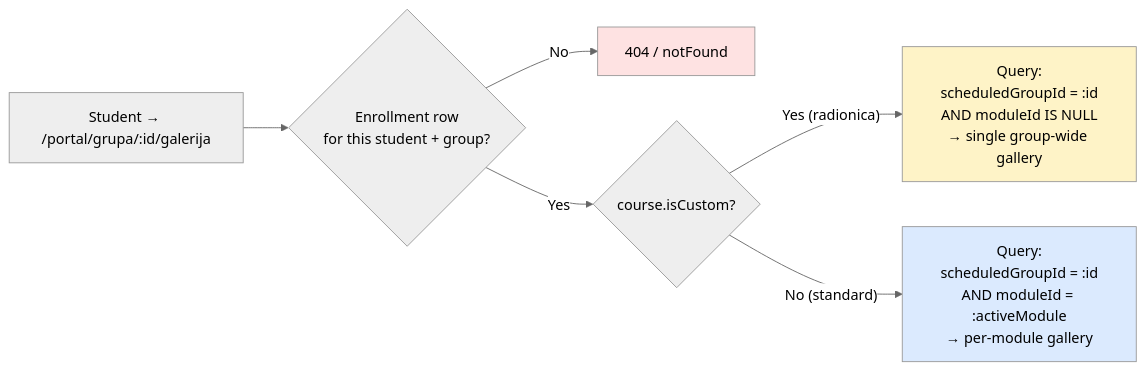
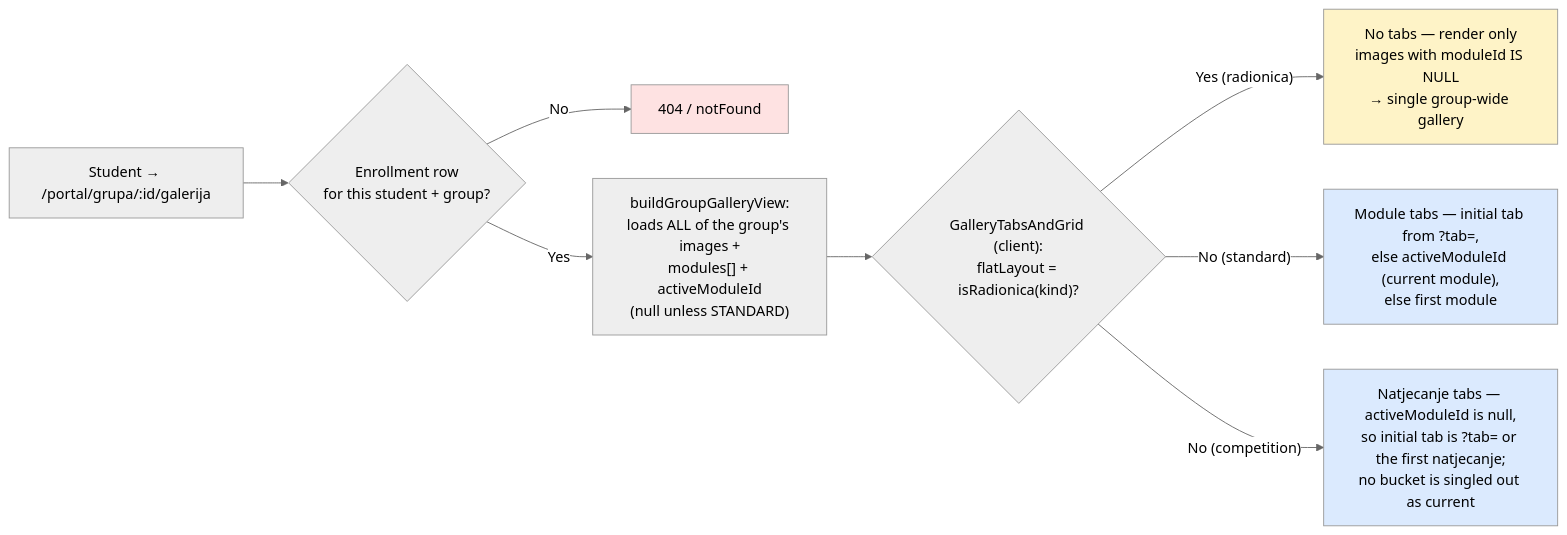
The second of 3 diagrams in docs/diagrams/gallery-scope.md (jpucic00/inovatic), drawn with Mermaid (neutral theme) before and after one commit. The commit also changed other lines of this file and 7 other files, not shown here.

````diff
--- a/docs/diagrams/gallery-scope.md
+++ b/docs/diagrams/gallery-scope.md
@@ -53,12 +59,15 @@
 ```mermaid
 flowchart LR
     A["Student → /portal/grupa/:id/galerija"] --> B{Enrollment row<br/>for this student + group?}
     B -->|No| NF[404 / notFound]
-    B -->|Yes| C{course.isCustom?}
-    C -->|"Yes (radionica)"| R["Query:<br/>scheduledGroupId = :id<br/>AND moduleId IS NULL<br/>→ single group-wide gallery"]
-    C -->|"No (standard)"| S["Query:<br/>scheduledGroupId = :id<br/>AND moduleId = :activeModule<br/>→ per-module gallery"]
+    B -->|Yes| V["buildGroupGalleryView:<br/>loads ALL of the group's images +<br/>modules[] + activeModuleId<br/>(null unless STANDARD)"]
+    V --> C{"GalleryTabsAndGrid (client):<br/>flatLayout = isRadionica(kind)?"}
+    C -->|"Yes (radionica)"| R["No tabs — render only<br/>images with moduleId IS NULL<br/>→ single group-wide gallery"]
+    C -->|"No (standard)"| S["Module tabs — initial tab from ?tab=,<br/>else activeModuleId (current module),<br/>else first module"]
+    C -->|"No (competition)"| K["Natjecanje tabs — activeModuleId is null,<br/>so initial tab is ?tab= or the first natjecanje;<br/>no bucket is singled out as current"]
 
     style NF fill:#fee2e2
     style R fill:#fef3c7
     style S fill:#dbeafe
+    style K fill:#dbeafe
 ```
````
